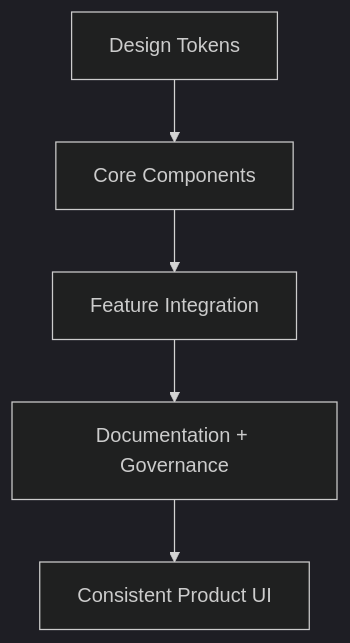
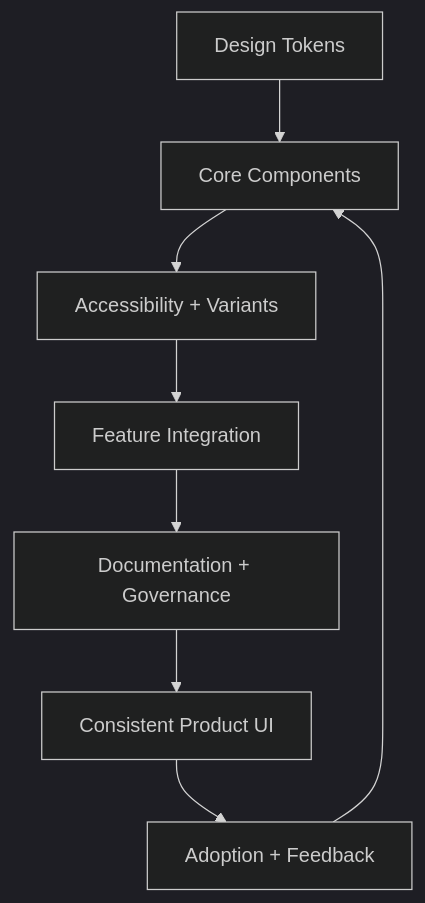
One commit to kaushalkumar8459/CodingTerminal-Tutorial-Notes changed the diagram in tutorial-platform/public/tutorials/react/day-096-design-system-integration.md. Above: the diagram before and after it, drawn with Mermaid (dark theme). The commit also changed other lines of this file, not shown here.

Commit message:
Enhance Day 96 design system integration without changing structure

````diff
--- a/tutorial-platform/public/tutorials/react/day-096-design-system-integration.md
+++ b/tutorial-platform/public/tutorials/react/day-096-design-system-integration.md
@@ -175,7 +193,10 @@
 ```mermaid
 flowchart TD
 		A[Design Tokens] --> B[Core Components]
-		B --> C[Feature Integration]
-		C --> D[Documentation + Governance]
-		D --> E[Consistent Product UI]
+		B --> C[Accessibility + Variants]
+		C --> D[Feature Integration]
+		D --> E[Documentation + Governance]
+		E --> F[Consistent Product UI]
+		F --> G[Adoption + Feedback]
+		G --> B
 ```
````
